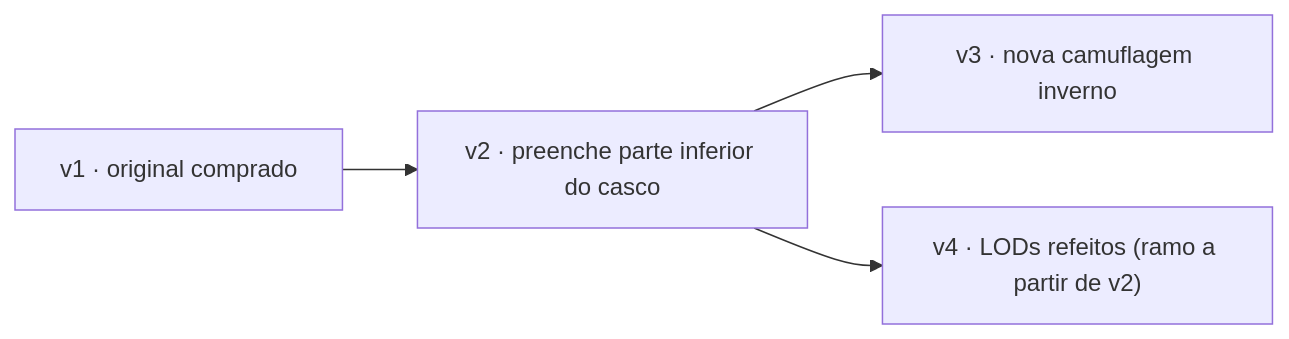
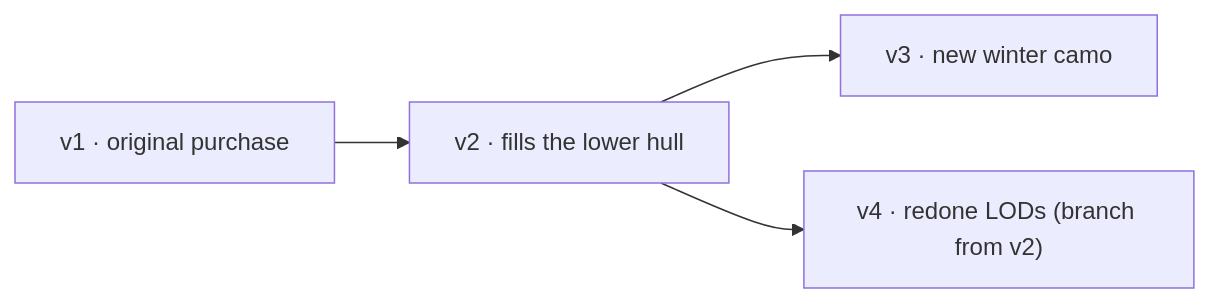
The diagram in docs/ARCHITECTURE.md (evandromillian/Hangar-Asset-Depot), drawn with Mermaid before and after one commit. The commit also changed other lines of this file and 1 other file, not shown here.

First line of the commit message:
Translate the architecture doc to English and group the REST API by area

````diff
--- a/docs/ARCHITECTURE.md
+++ b/docs/ARCHITECTURE.md
@@ -64,6 +65,6 @@
 ```mermaid
 graph LR
-  v1["v1 · original comprado"] --> v2["v2 · preenche parte inferior do casco"]
-  v2 --> v3["v3 · nova camuflagem inverno"]
-  v2 --> v4["v4 · LODs refeitos (ramo a partir de v2)"]
+  v1["v1 · original purchase"] --> v2["v2 · fills the lower hull"]
+  v2 --> v3["v3 · new winter camo"]
+  v2 --> v4["v4 · redone LODs (branch from v2)"]
 ```
````
